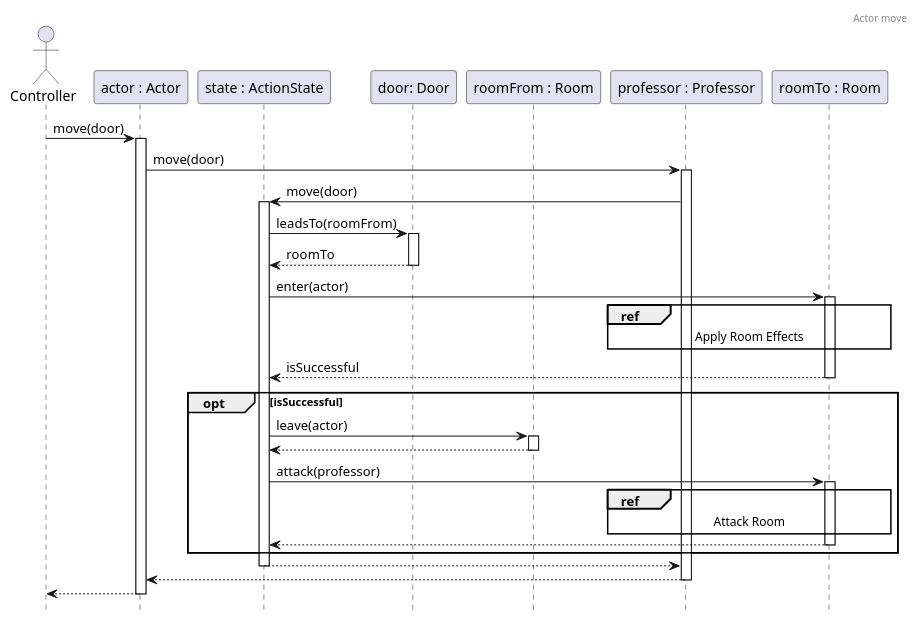
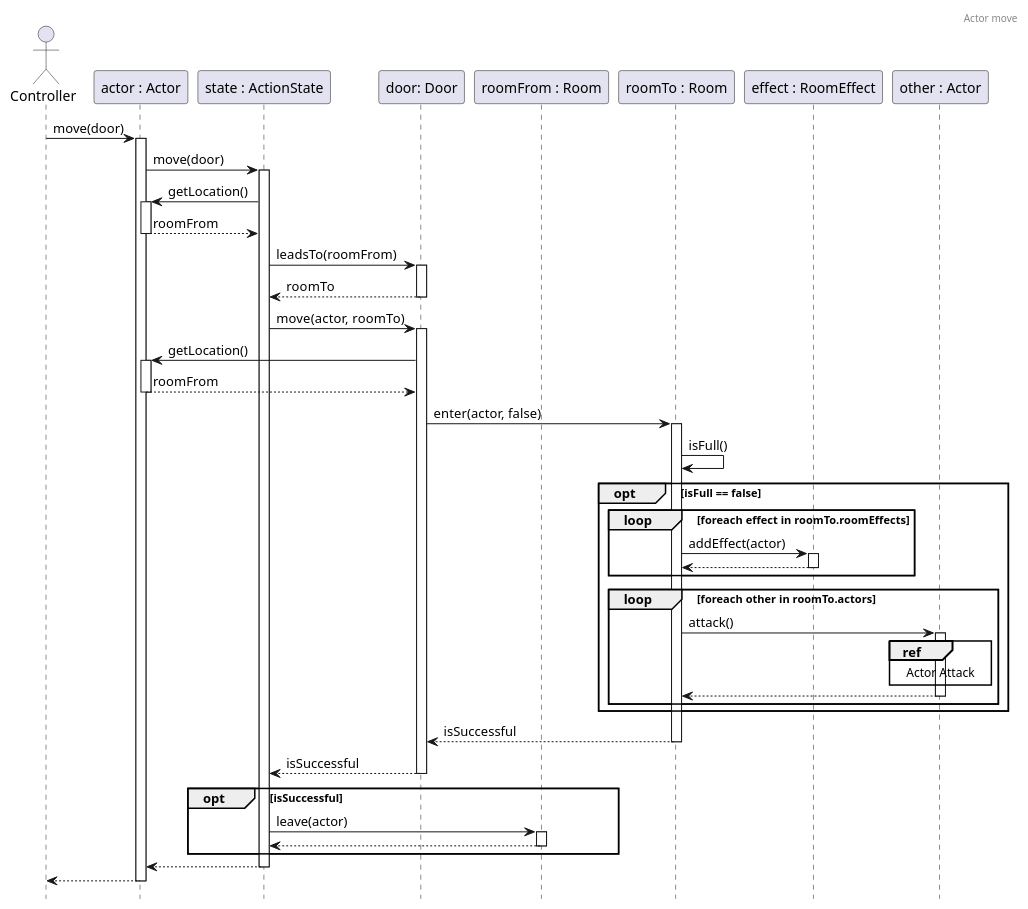
One commit to Kristof-me/Logarlec changed the diagram in docs/sequence/actor/ActorMove.puml. Above: the diagram before and after it, drawn with PlantUML. The commit also changed 7 other files, not shown here.

Commit message:
Checked Sequence 02-05

```diff
--- a/docs/sequence/actor/ActorMove.puml
+++ b/docs/sequence/actor/ActorMove.puml
@@ -1,35 +1,55 @@
 @startuml ActorMove
 header Actor move
 
 hide footbox
-autoactivate on
 
 actor A as "Controller"
 participant G as "actor : Actor"
 participant C as "state : ActionState"
 participant D as "door: Door"
 participant E as "roomFrom : Room"
-participant B as "professor : Professor"
 participant F as "roomTo : Room"
+participant H as "effect : RoomEffect"
+participant I as "other : Actor"
 
-A -> G : move(door)
-G -> B : move(door)
-B -> C : move(door)
-C -> D : leadsTo(roomFrom)
+A -> G ++: move(door)
+G -> C ++: move(door)
+C -> G ++: getLocation()
+return roomFrom
+C -> D ++: leadsTo(roomFrom)
 return roomTo
-C -> F : enter(actor)
-ref over B, F : Apply Room Effects
+C -> D ++: move(actor, roomTo)
+D -> G ++: getLocation()
+return roomFrom
+D -> F ++: enter(actor, false)
+F -> F : isFull()
+
+opt isFull == false
+    loop foreach effect in roomTo.roomEffects
+        F -> H ++: addEffect(actor)
+        return
+    end
+
+    loop foreach other in roomTo.actors
+        F -> I ++ : attack()
+
+        ref over I
+            Actor Attack
+        end ref
+        return
+    end
+end
+
+
 return isSuccessful
+return isSuccessful
+
 opt isSuccessful
-    C -> E : leave(actor)
-    return    
-    C -> F : attack(professor)
-    ref over B, F : Attack Room
+    C -> E ++: leave(actor)
     return
 end
 
 return
 return
-return
 
 @enduml
```
